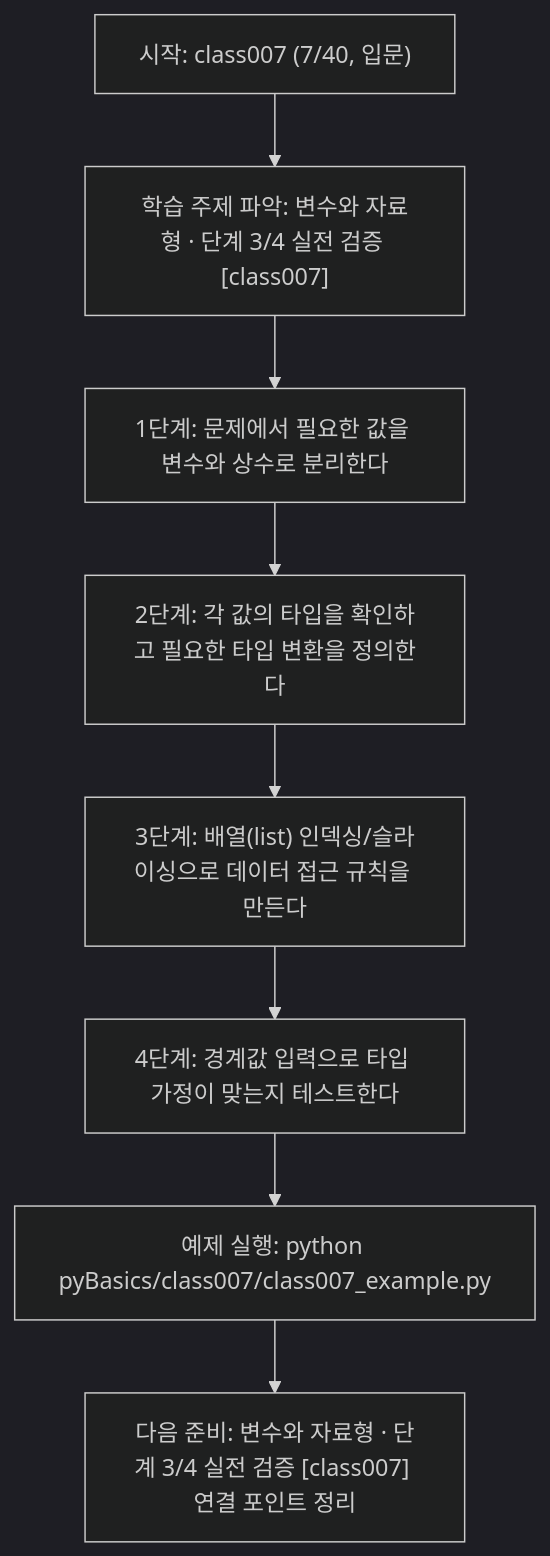
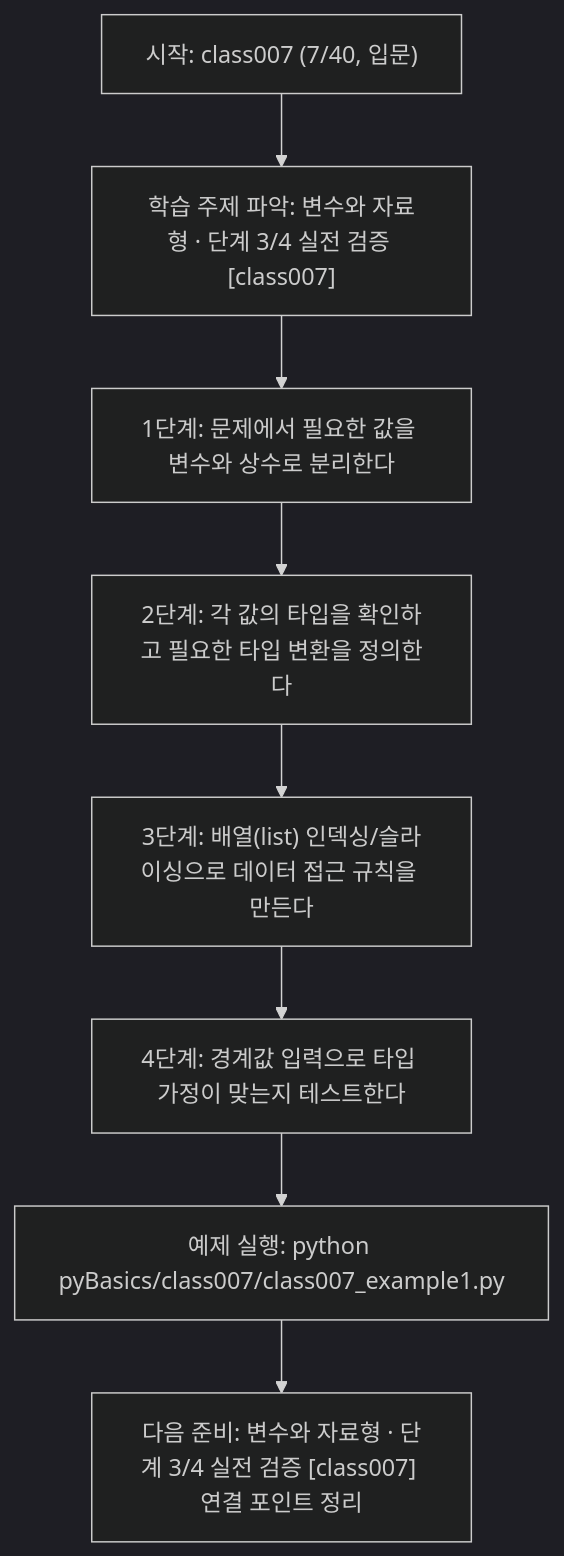
The diagram in pyBasics/class007/class007.md (edumgt/Python-AI_Agent-Class), drawn with Mermaid (dark theme) before and after one commit. The commit also changed other lines of this file and 2959 other files, not shown here.

````diff
--- a/pyBasics/class007/class007.md
+++ b/pyBasics/class007/class007.md
@@ -109,18 +109,18 @@
 ```mermaid
 flowchart TD
 N1["시작: class007 (7/40, 입문)"]
 N2["학습 주제 파악: 변수와 자료형 · 단계 3/4 실전 검증 [class007]"]
 N3["1단계: 문제에서 필요한 값을 변수와 상수로 분리한다"]
 N4["2단계: 각 값의 타입을 확인하고 필요한 타입 변환을 정의한다"]
 N5["3단계: 배열(list) 인덱싱/슬라이싱으로 데이터 접근 규칙을 만든다"]
 N6["4단계: 경계값 입력으로 타입 가정이 맞는지 테스트한다"]
-N7["예제 실행: python pyBasics/class007/class007_example.py"]
+N7["예제 실행: python pyBasics/class007/class007_example1.py"]
 N8["다음 준비: 변수와 자료형 · 단계 3/4 실전 검증 [class007] 연결 포인트 정리"]
 N1 --> N2
 N2 --> N3
 N3 --> N4
 N4 --> N5
 N5 --> N6
 N6 --> N7
 N7 --> N8
 ```
````
